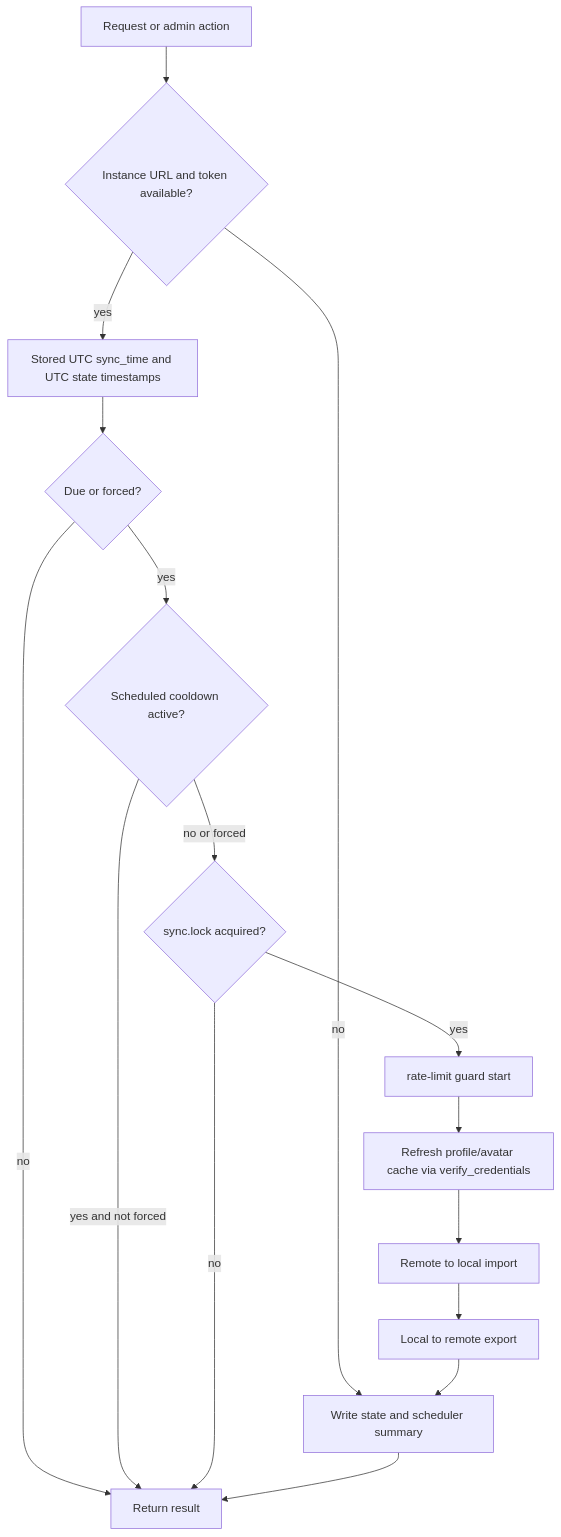
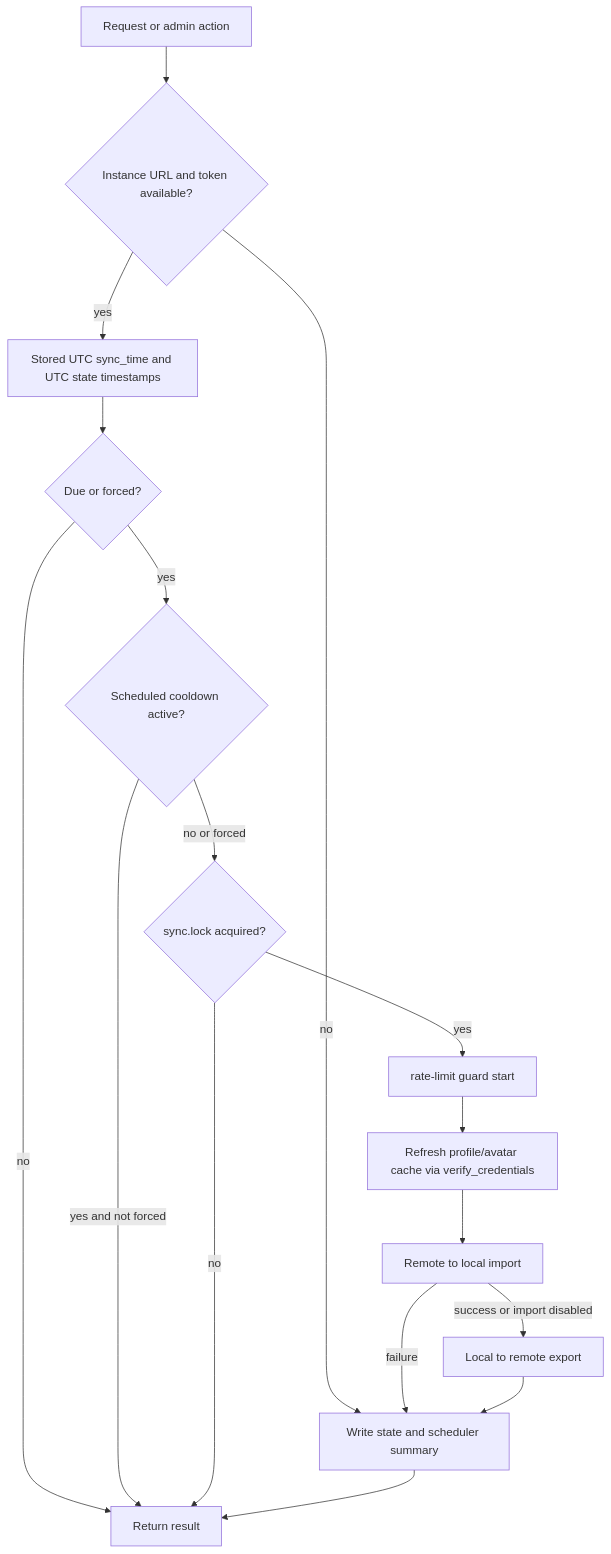
The fourth of 9 diagrams in fp-plugins/mastodon/developer-docs/01-Process-Map.md (flatpressblog/flatpress), drawn with Mermaid before and after one commit. The commit also changed other lines of this file and 11 other files, not shown here.

````diff
--- a/fp-plugins/mastodon/developer-docs/01-Process-Map.md
+++ b/fp-plugins/mastodon/developer-docs/01-Process-Map.md
@@ -149,30 +149,31 @@
 ```mermaid
 flowchart TD
     Start[Request or admin action]
     Config{Instance URL and token available?}
     TimeBasis[Stored UTC sync_time and UTC state timestamps]
     Due{Due or forced?}
     Cooldown{Scheduled cooldown active?}
     Lock{sync.lock acquired?}
     Guard[rate-limit guard start]
     Profile[Refresh profile/avatar cache via verify_credentials]
     Remote[Remote to local import]
     Local[Local to remote export]
     Write[Write state and scheduler summary]
     Stop[Return result]
 
     Start --> Config
     Config -- no --> Write
     Config -- yes --> TimeBasis --> Due
     Due -- no --> Stop
     Due -- yes --> Cooldown
     Cooldown -- yes and not forced --> Stop
     Cooldown -- no or forced --> Lock
     Lock -- no --> Stop
     Lock -- yes --> Guard
     Guard --> Profile
     Profile --> Remote
-    Remote --> Local
+    Remote -- success or import disabled --> Local
+    Remote -- failure --> Write
     Local --> Write
     Write --> Stop
 ```
````
